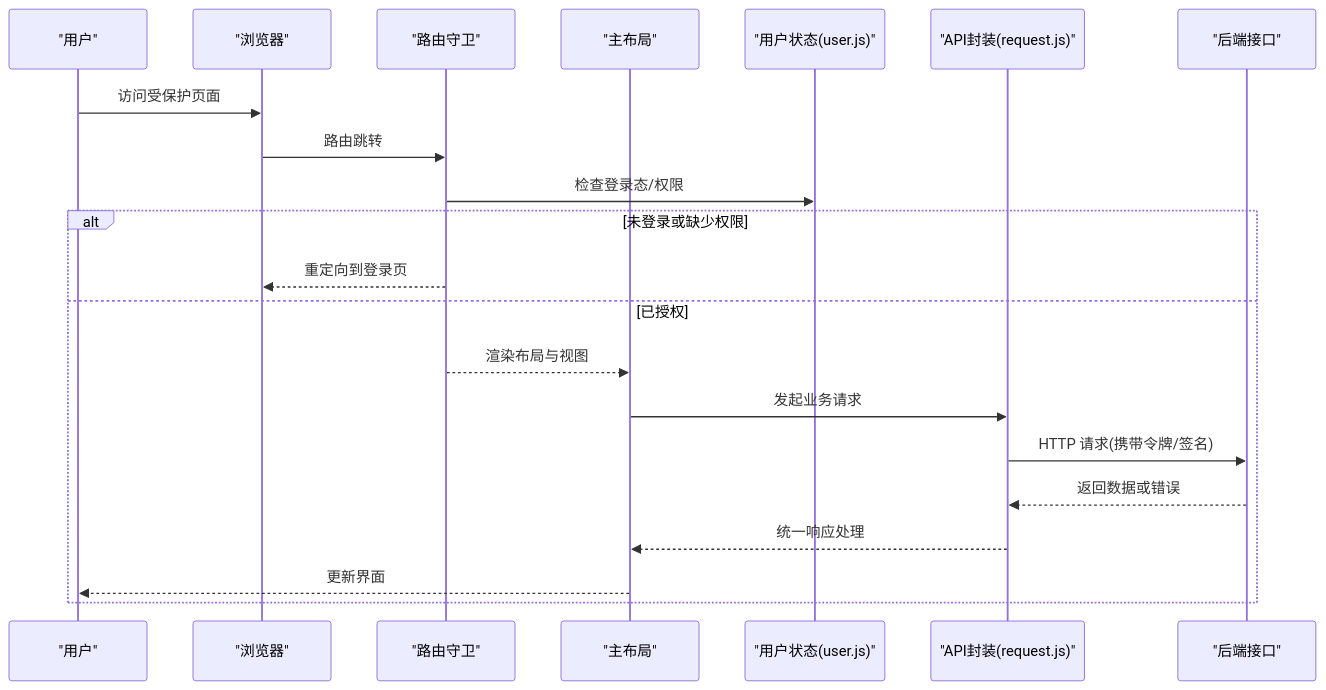
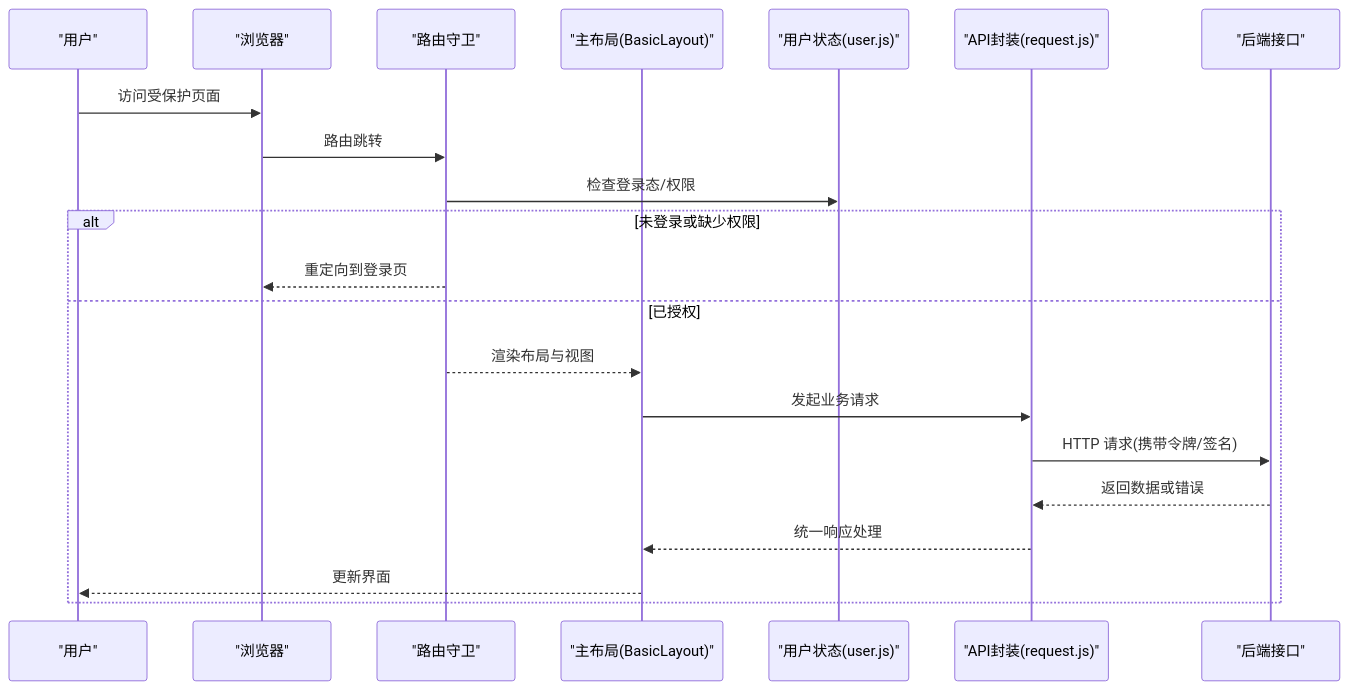
One commit to liming-lihaini/workflow changed the second of 7 diagrams in .qoder/repowiki/zh/content/用户界面设计/管理后台架构.md. Above: the diagram before and after it, drawn with Mermaid. The commit also changed other lines of this file and 49 other files, not shown here.

````diff
--- a/.qoder/repowiki/zh/content/用户界面设计/管理后台架构.md
+++ b/.qoder/repowiki/zh/content/用户界面设计/管理后台架构.md
@@ -119,23 +121,23 @@
 ```mermaid
 sequenceDiagram
 participant U as "用户"
 participant B as "浏览器"
 participant R as "路由守卫"
-participant L as "主布局"
+participant L as "主布局(BasicLayout)"
 participant S as "用户状态(user.js)"
 participant A as "API封装(request.js)"
 participant API as "后端接口"
 U->>B : 访问受保护页面
 B->>R : 路由跳转
 R->>S : 检查登录态/权限
 alt 未登录或缺少权限
 R-->>B : 重定向到登录页
 else 已授权
 R-->>L : 渲染布局与视图
 L->>A : 发起业务请求
 A->>API : HTTP 请求(携带令牌/签名)
 API-->>A : 返回数据或错误
 A-->>L : 统一响应处理
 L-->>U : 更新界面
 end
 ```
````
